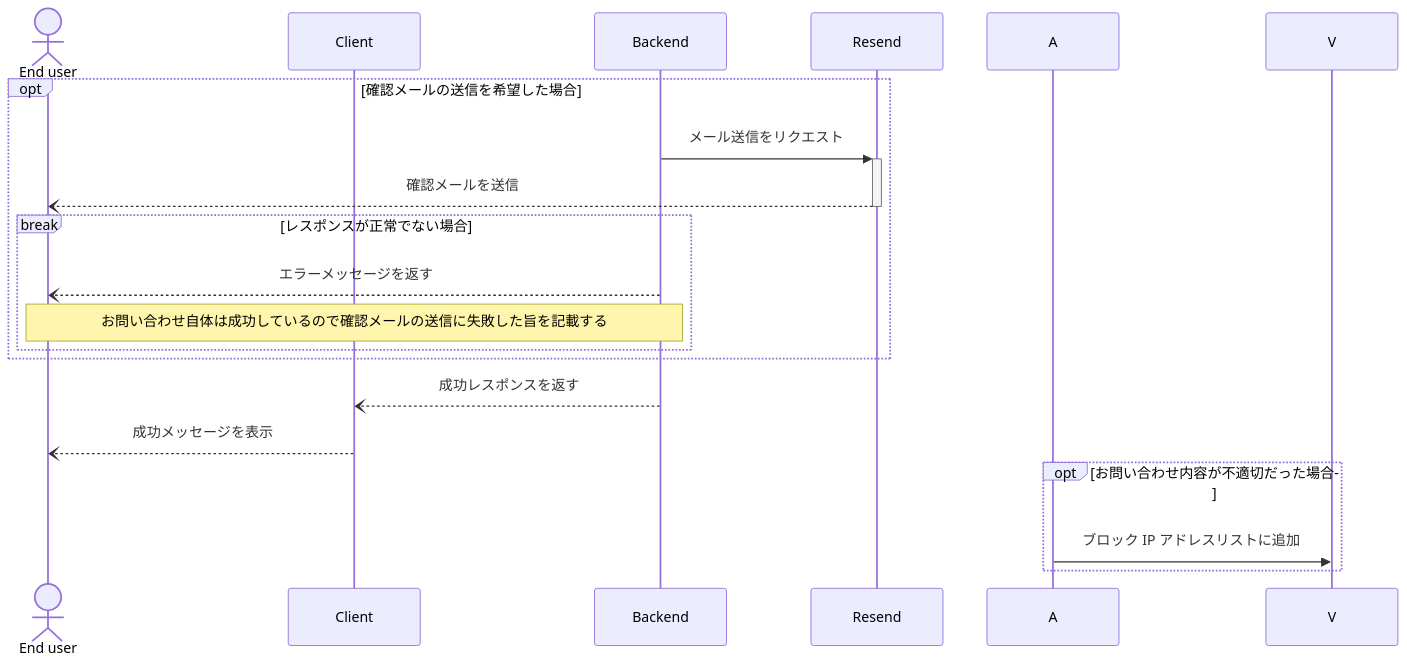
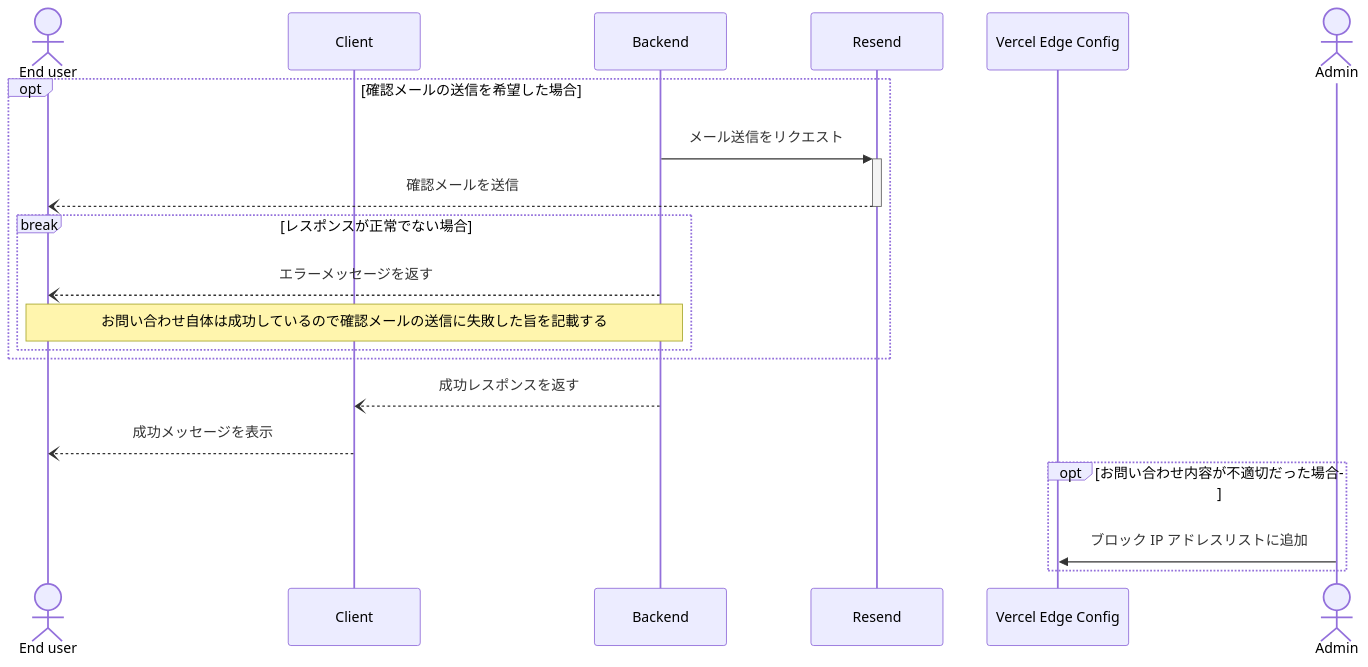
One commit to kkhys/content changed the ninth of 9 diagrams in posts/tech/2024-07-19/index.mdx. Above: the diagram before and after it, drawn with Mermaid.

Commit message:
fix(post): add Vercel Edge Config and Admin to sequence diagram
Updated the sequence diagram in the 2024-07-19 tech post to include Vercel Edge Config as a participant and Admin as an actor. This change clarifies the roles of these components in the email sending process.

````diff
--- a/posts/tech/2024-07-19/index.mdx
+++ b/posts/tech/2024-07-19/index.mdx
@@ -857,24 +857,26 @@
 ```mermaid
 sequenceDiagram
     actor E as End user
     participant C as Client
     participant B as Backend
     participant R as Resend
+    participant V as Vercel Edge Config
+    actor A as Admin
 
     opt 確認メールの送信を希望した場合
         B ->>+ R: メール送信をリクエスト
         R --)- E: 確認メールを送信
 
         break レスポンスが正常でない場合
             B --) E: エラーメッセージを返す
             Note over E, B: お問い合わせ自体は成功しているので確認メールの送信に失敗した旨を記載する
         end
     end
 
     B --) C: 成功レスポンスを返す
     C --) E: 成功メッセージを表示
 
     opt お問い合わせ内容が不適切だった場合
         A ->> V: ブロック IP アドレスリストに追加
     end
 ```
````
